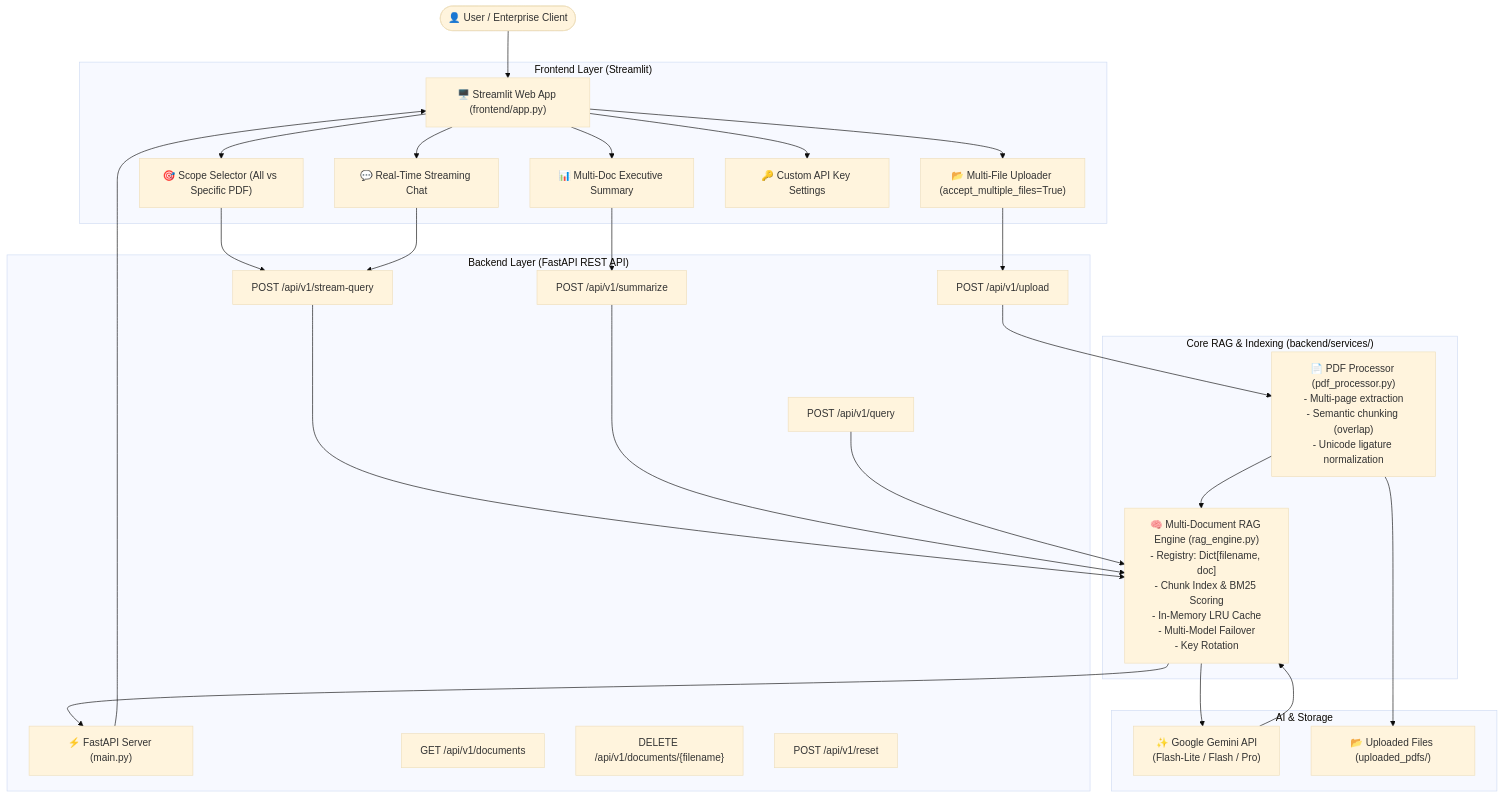
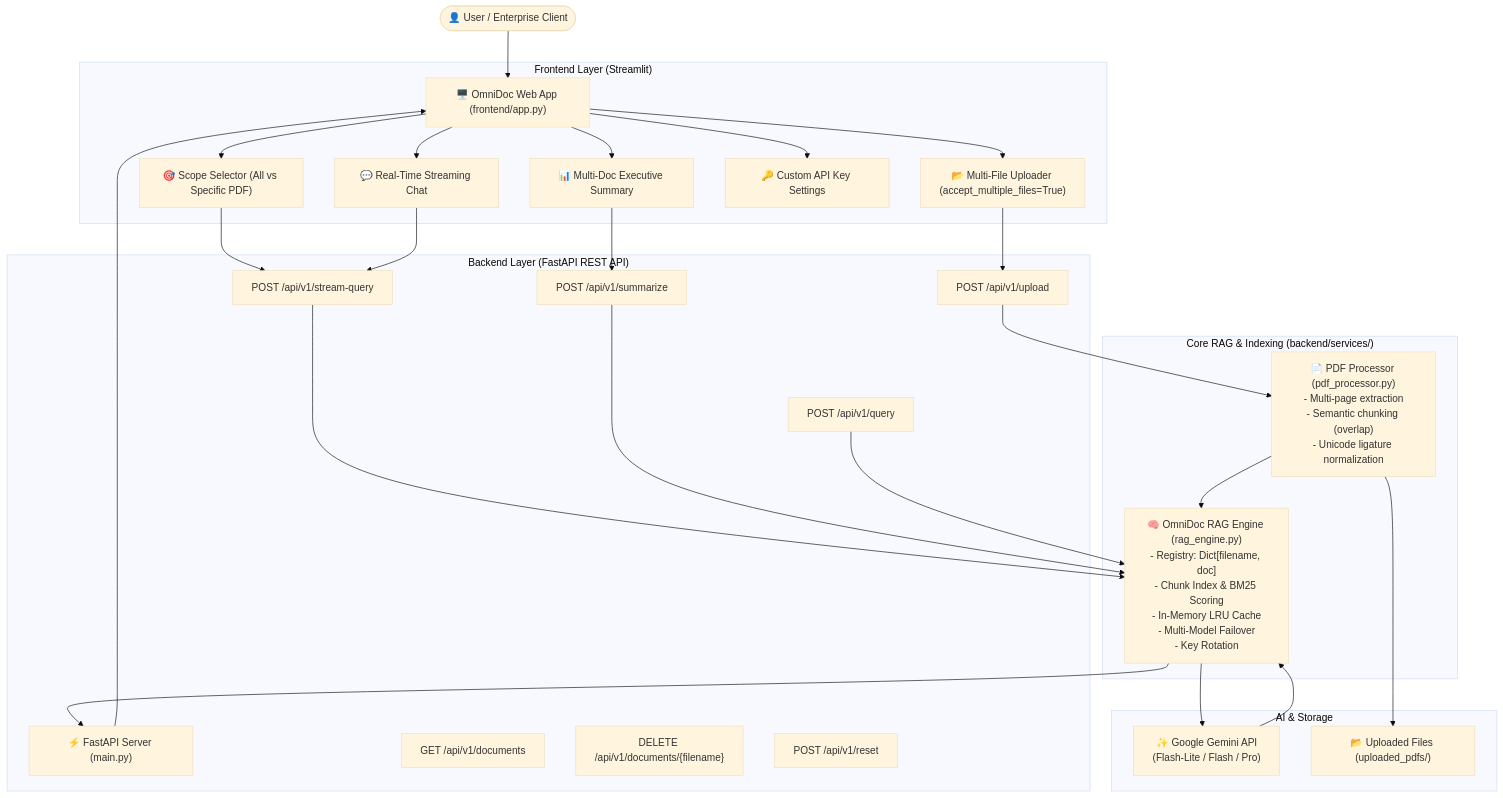
Before and after one commit to adarshprabhakar175-king/Omnidoc-ai: the diagram in README.md, drawn with Mermaid (base theme). The commit also changed other lines of this file and 5 other files, not shown here.

````diff
--- a/README.md
+++ b/README.md
@@ -26,54 +26,54 @@
 ```mermaid
 flowchart TD
     User([👤 User / Enterprise Client])
 
     subgraph Frontend ["Frontend Layer (Streamlit)"]
-        UI["🖥️ Streamlit Web App (frontend/app.py)"]
+        UI["🖥️ OmniDoc Web App (frontend/app.py)"]
         UploadWidget["📂 Multi-File Uploader (accept_multiple_files=True)"]
         Chat["💬 Real-Time Streaming Chat"]
         Summ["📊 Multi-Doc Executive Summary"]
         Scope["🎯 Scope Selector (All vs Specific PDF)"]
         KeyInput["🔑 Custom API Key Settings"]
     end
 
     subgraph Backend ["Backend Layer (FastAPI REST API)"]
         API["⚡ FastAPI Server (main.py)"]
         UploadEP["POST /api/v1/upload"]
         DocsEP["GET /api/v1/documents"]
         DelEP["DELETE /api/v1/documents/{filename}"]
         StreamEP["POST /api/v1/stream-query"]
         QueryEP["POST /api/v1/query"]
         SummaryEP["POST /api/v1/summarize"]
         ResetEP["POST /api/v1/reset"]
     end
 
     subgraph CoreServices ["Core RAG & Indexing (backend/services/)"]
         Processor["📄 PDF Processor (pdf_processor.py)\n- Multi-page extraction\n- Semantic chunking (overlap)\n- Unicode ligature normalization"]
-        RAGEngine["🧠 Multi-Document RAG Engine (rag_engine.py)\n- Registry: Dict[filename, doc]\n- Chunk Index & BM25 Scoring\n- In-Memory LRU Cache\n- Multi-Model Failover\n- Key Rotation"]
+        RAGEngine["🧠 OmniDoc RAG Engine (rag_engine.py)\n- Registry: Dict[filename, doc]\n- Chunk Index & BM25 Scoring\n- In-Memory LRU Cache\n- Multi-Model Failover\n- Key Rotation"]
     end
 
     subgraph External ["AI & Storage"]
         Gemini["✨ Google Gemini API\n(Flash-Lite / Flash / Pro)"]
         Storage["📂 Uploaded Files (uploaded_pdfs/)"]
     end
 
     User --> UI
     UI --> UploadWidget & Chat & Summ & Scope & KeyInput
     UploadWidget --> UploadEP
     Scope --> StreamEP
     Chat --> StreamEP
     Summ --> SummaryEP
 
     UploadEP --> Processor
     Processor --> Storage
     Processor --> RAGEngine
 
     StreamEP --> RAGEngine
     SummaryEP --> RAGEngine
     QueryEP --> RAGEngine
 
     RAGEngine --> Gemini
     Gemini --> RAGEngine
     RAGEngine --> API
     API --> UI
 ```
````
